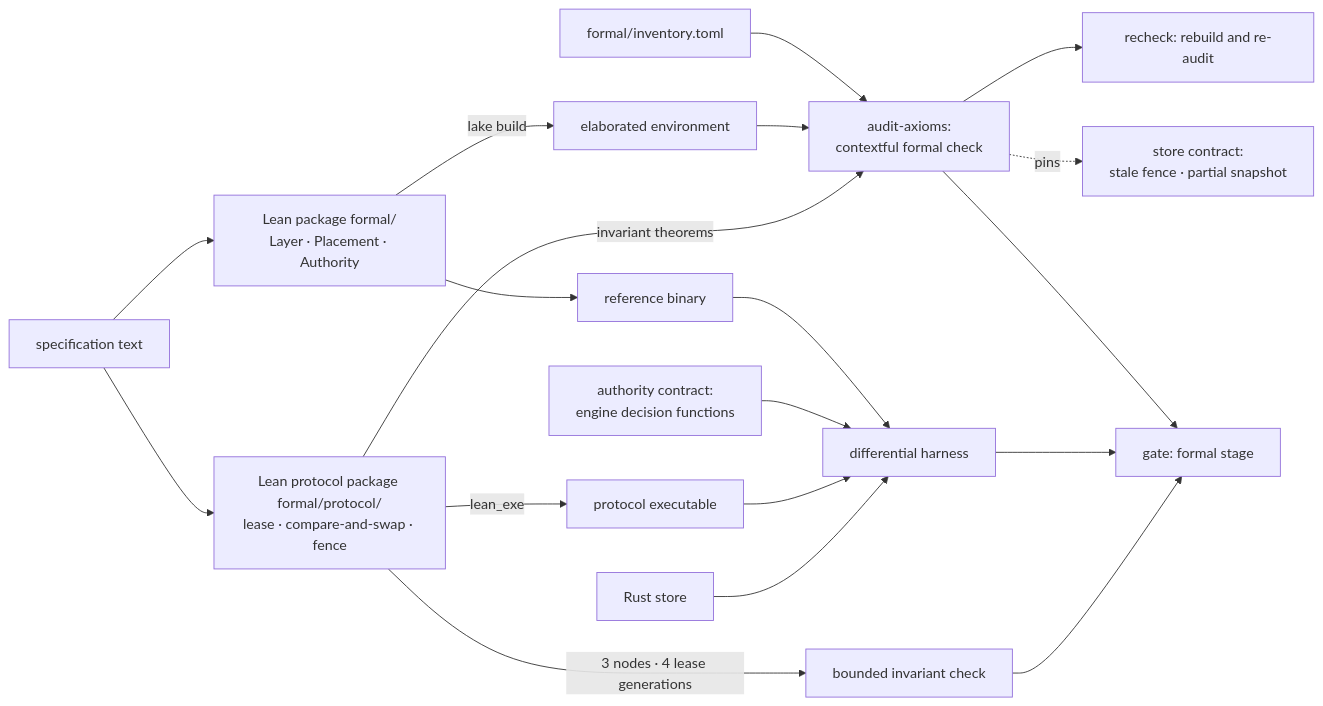
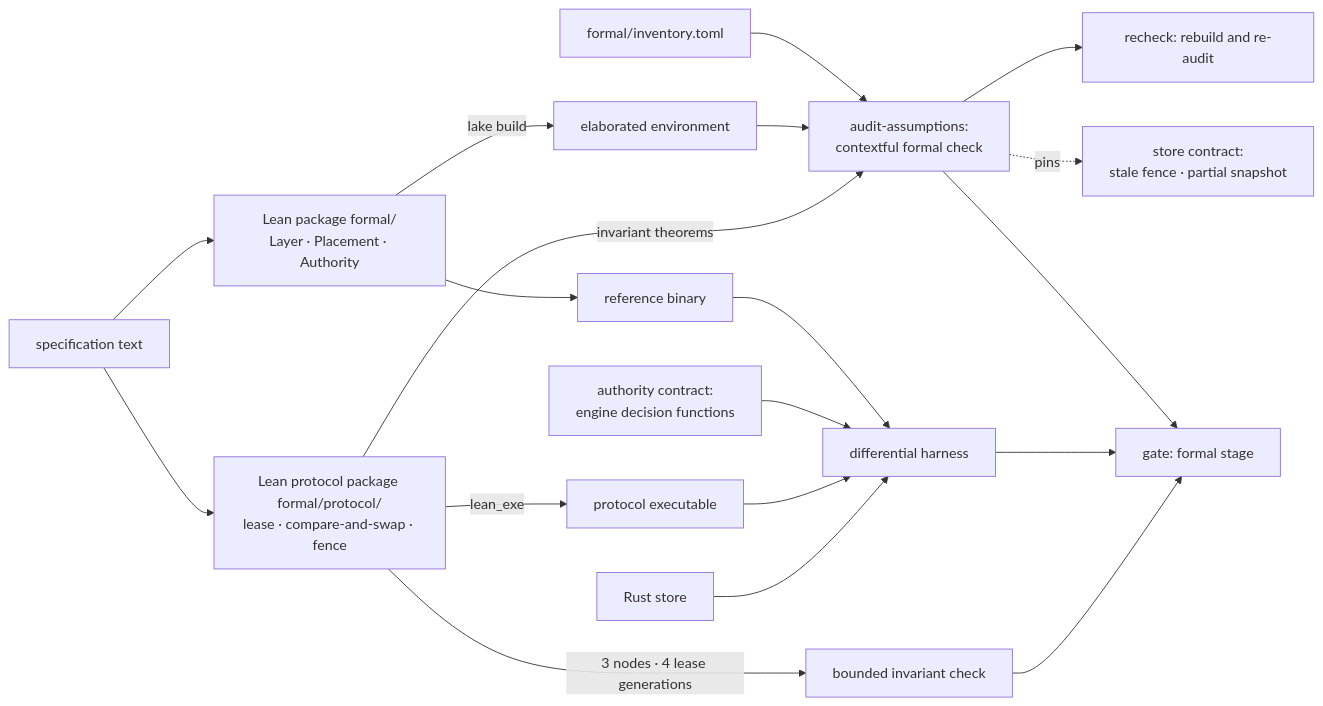
Before and after one commit to fractalboxdev/contextful: the first of 3 diagrams in spec/80-formal.md, drawn with Mermaid. The commit also changed other lines of this file and 14 other files, not shown here.

````diff
--- a/spec/80-formal.md
+++ b/spec/80-formal.md
@@ -22,21 +22,21 @@
 ```mermaid
 flowchart LR
   SPEC["specification text"] --> LEAN["Lean package formal/<br/>Layer · Placement · Authority"]
   SPEC --> PROT["Lean protocol package formal/protocol/<br/>lease · compare-and-swap · fence"]
   LEAN -- "lake build" --> ENV["elaborated environment"]
-  INV["formal/inventory.toml"] --> AUD["audit-axioms:<br/>contextful formal check"]
+  INV["formal/inventory.toml"] --> AUD["audit-assumptions:<br/>contextful formal check"]
   ENV --> AUD
   AUD --> REC["recheck: rebuild and re-audit"]
   LEAN --> REF["reference binary"]
   REF --> DIFF["differential harness"]
   ENG["authority contract:<br/>engine decision functions"] --> DIFF
   PROT -- "3 nodes · 4 lease generations" --> MC["bounded invariant check"]
   PROT -- "invariant theorems" --> AUD
   PROT -- "lean_exe" --> PEXE["protocol executable"]
   PEXE --> DIFF
   RUST["Rust store"] --> DIFF
   AUD -. "pins" .-> STORE["store contract:<br/>stale fence · partial snapshot"]
   AUD --> GATE["gate: formal stage"]
   DIFF --> GATE
   MC --> GATE
 ```
````
